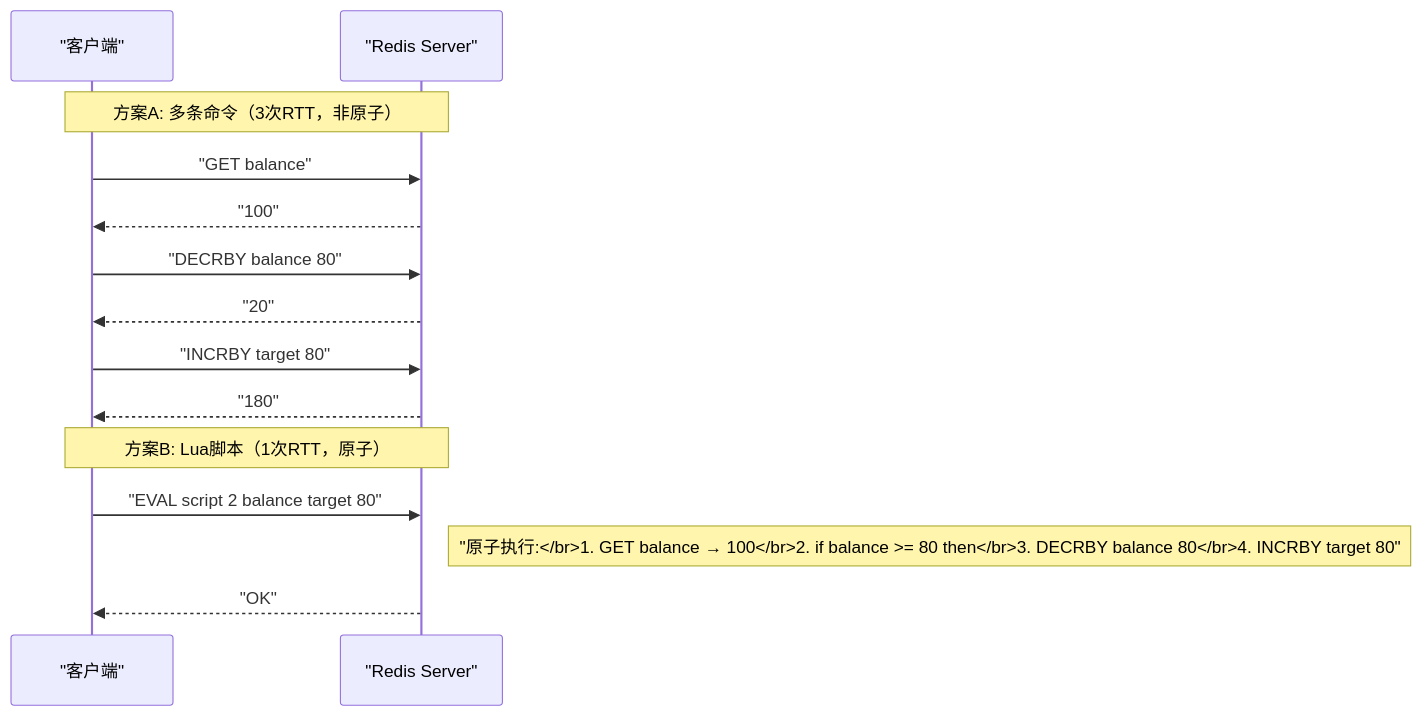
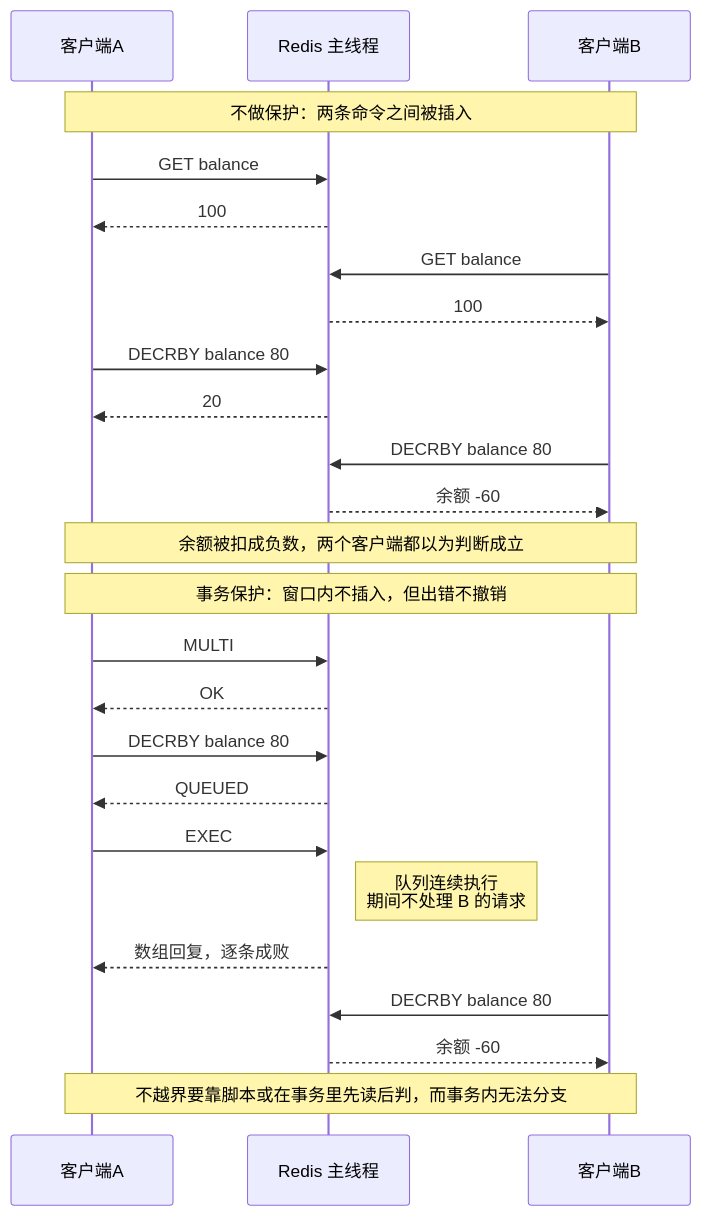
Before and after one commit to hpliStartAgain/my-brain: the first of 3 diagrams in content/中间件/Redis/Redis进阶教程/03 Redis 事务 Lua 脚本与原子性保证.md, drawn with Mermaid. The commit also changed other lines of this file and 455 other files, not shown here.

````diff
--- a/content/中间件/Redis/Redis进阶教程/03 Redis 事务 Lua 脚本与原子性保证.md
+++ b/content/中间件/Redis/Redis进阶教程/03 Redis 事务 Lua 脚本与原子性保证.md
@@ -127,19 +144,30 @@
 ```mermaid
 %%{init: {'theme': 'dracula'}}%%
 sequenceDiagram
-    participant C as "客户端"
-    participant R as "Redis Server"
+    participant A as 客户端A
+    participant R as Redis 主线程
+    participant B as 客户端B
 
-    Note over C,R: 方案A: 多条命令（3次RTT，非原子）
-    C->>R: "GET balance"
-    R-->>C: "100"
-    C->>R: "DECRBY balance 80"
-    R-->>C: "20"
-    C->>R: "INCRBY target 80"
-    R-->>C: "180"
+    Note over A,B: 不做保护：两条命令之间被插入
+    A->>R: GET balance
+    R-->>A: 100
+    B->>R: GET balance
+    R-->>B: 100
+    A->>R: DECRBY balance 80
+    R-->>A: 20
+    B->>R: DECRBY balance 80
+    R-->>B: 余额 -60
+    Note over A,B: 余额被扣成负数，两个客户端都以为判断成立
 
-    Note over C,R: 方案B: Lua脚本（1次RTT，原子）
-    C->>R: "EVAL script 2 balance target 80"
-    Note right of R: "原子执行:</br>1. GET balance → 100</br>2. if balance >= 80 then</br>3. DECRBY balance 80</br>4. INCRBY target 80"
-    R-->>C: "OK"
+    Note over A,B: 事务保护：窗口内不插入，但出错不撤销
+    A->>R: MULTI
+    R-->>A: OK
+    A->>R: DECRBY balance 80
+    R-->>A: QUEUED
+    A->>R: EXEC
+    Note right of R: 队列连续执行<br/>期间不处理 B 的请求
+    R-->>A: 数组回复，逐条成败
+    B->>R: DECRBY balance 80
+    R-->>B: 余额 -60
+    Note over A,B: 不越界要靠脚本或在事务里先读后判，而事务内无法分支
 ```
````
